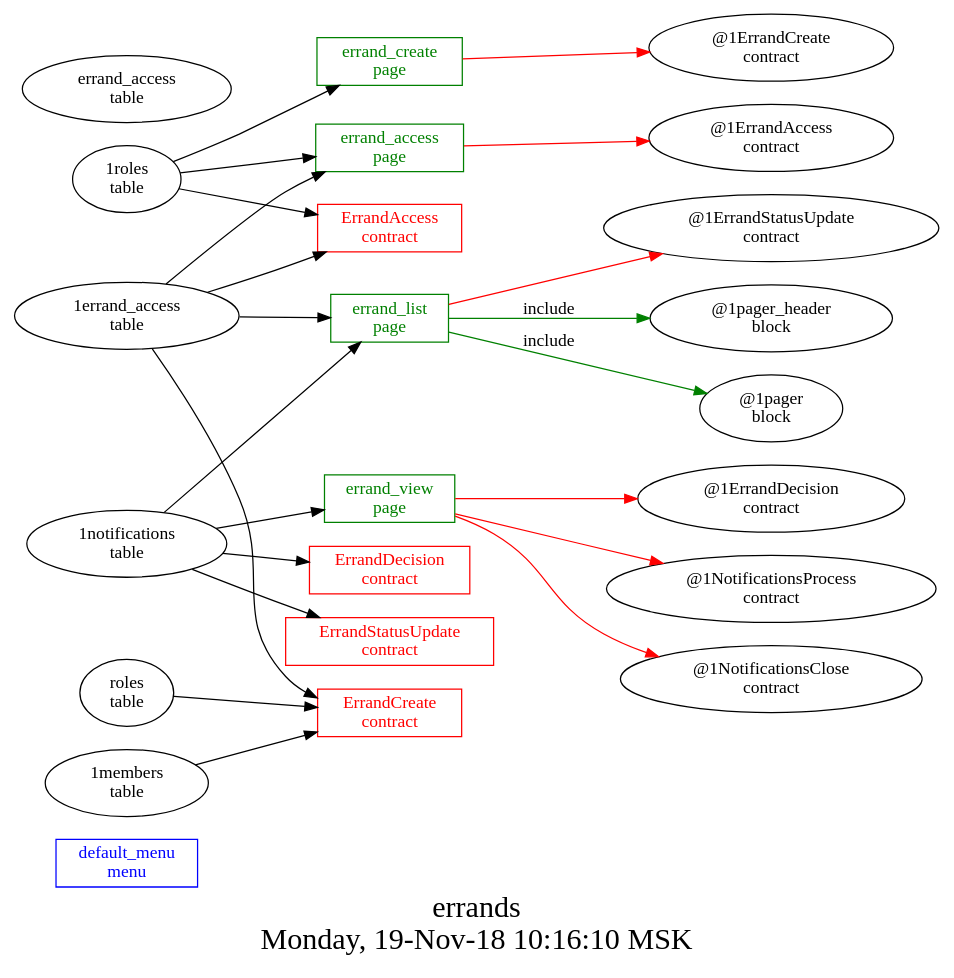
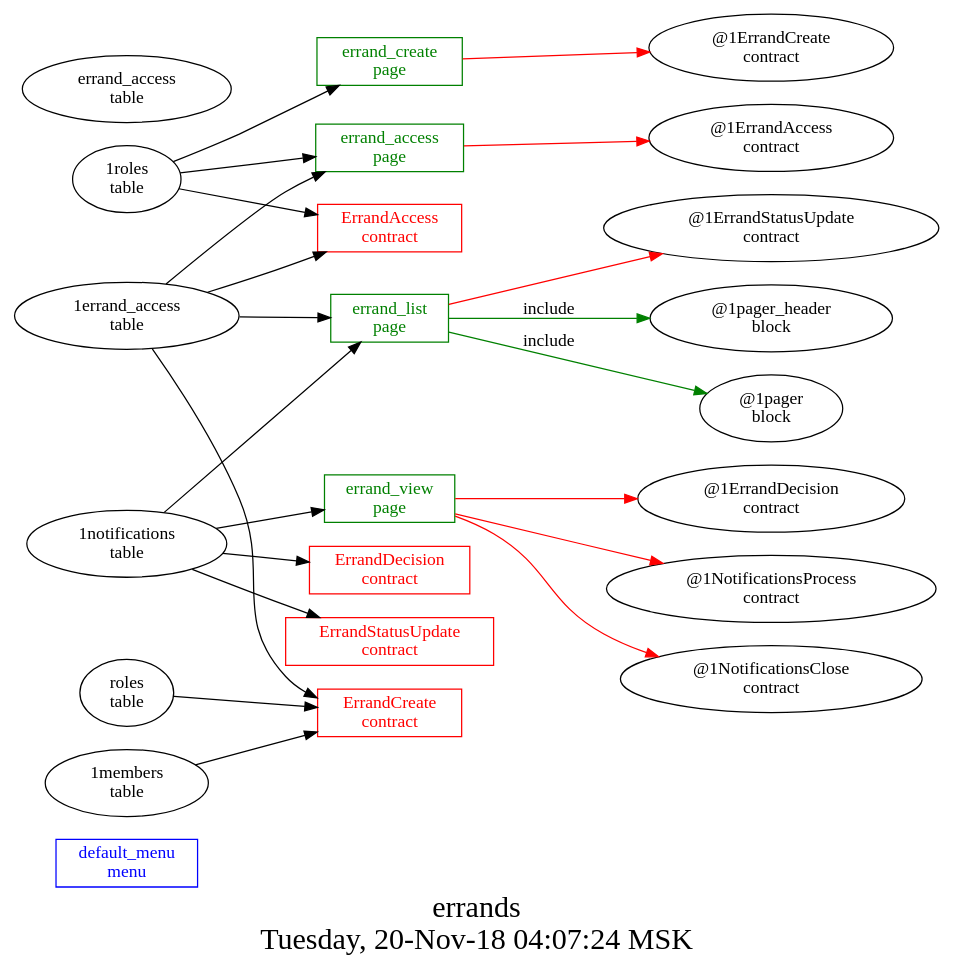
The diagram in src/errands/struct.dot (AlexZeDim/apps), drawn with Graphviz before and after one commit. The commit also changed 2 other files, not shown here.

```diff
--- a/src/errands/struct.dot
+++ b/src/errands/struct.dot
@@ -1,41 +1,41 @@
 digraph G {
 graph [
   fontsize="24";
-  label="errands\nMonday, 19-Nov-18 10:16:10 MSK";
+  label="errands\nTuesday, 20-Nov-18 04:07:24 MSK";
   nojustify=true;
   ordering=out;
   rankdir=LR;
   size="30";
 ];
 "default_menu\nmenu" [color=blue, fontcolor=blue, group=menus, shape=record];
 "errand_access\npage" -> "@1ErrandAccess\ncontract"  [ color=red ]
 "1roles\ntable" -> "errand_access\npage"
 "1errand_access\ntable" -> "errand_access\npage"
 "errand_access\npage" [color=green, fontcolor=green, group=pages, shape=record];
 "errand_create\npage" -> "@1ErrandCreate\ncontract"  [ color=red ]
 "1roles\ntable" -> "errand_create\npage"
 "errand_create\npage" [color=green, fontcolor=green, group=pages, shape=record];
 "errand_list\npage" -> "@1ErrandStatusUpdate\ncontract"  [ color=red ]
 "1errand_access\ntable" -> "errand_list\npage"
 "1notifications\ntable" -> "errand_list\npage"
 "errand_list\npage" -> "@1pager_header\nblock"  [ color=green, label=include ]
 "errand_list\npage" -> "@1pager\nblock"  [ color=green, label=include ]
 "errand_list\npage" [color=green, fontcolor=green, group=pages, shape=record];
 "errand_view\npage" -> "@1ErrandDecision\ncontract"  [ color=red ]
 "errand_view\npage" -> "@1NotificationsProcess\ncontract"  [ color=red ]
 "errand_view\npage" -> "@1NotificationsClose\ncontract"  [ color=red ]
 "1notifications\ntable" -> "errand_view\npage"
 "errand_view\npage" [color=green, fontcolor=green, group=pages, shape=record];
 "1roles\ntable" -> "ErrandAccess\ncontract"
 "1errand_access\ntable" -> "ErrandAccess\ncontract"
 "ErrandAccess\ncontract" [color=red, fontcolor=red, group=contracts, shape=record];
 "1errand_access\ntable" -> "ErrandCreate\ncontract"
 "roles\ntable" -> "ErrandCreate\ncontract"
 "1members\ntable" -> "ErrandCreate\ncontract"
 "ErrandCreate\ncontract" [color=red, fontcolor=red, group=contracts, shape=record];
 "1notifications\ntable" -> "ErrandDecision\ncontract"
 "ErrandDecision\ncontract" [color=red, fontcolor=red, group=contracts, shape=record];
 "1notifications\ntable" -> "ErrandStatusUpdate\ncontract"
 "ErrandStatusUpdate\ncontract" [color=red, fontcolor=red, group=contracts, shape=record];
 "errand_access\ntable" [color="", fontcolor="", group=tables, shape=""];
 }
```
